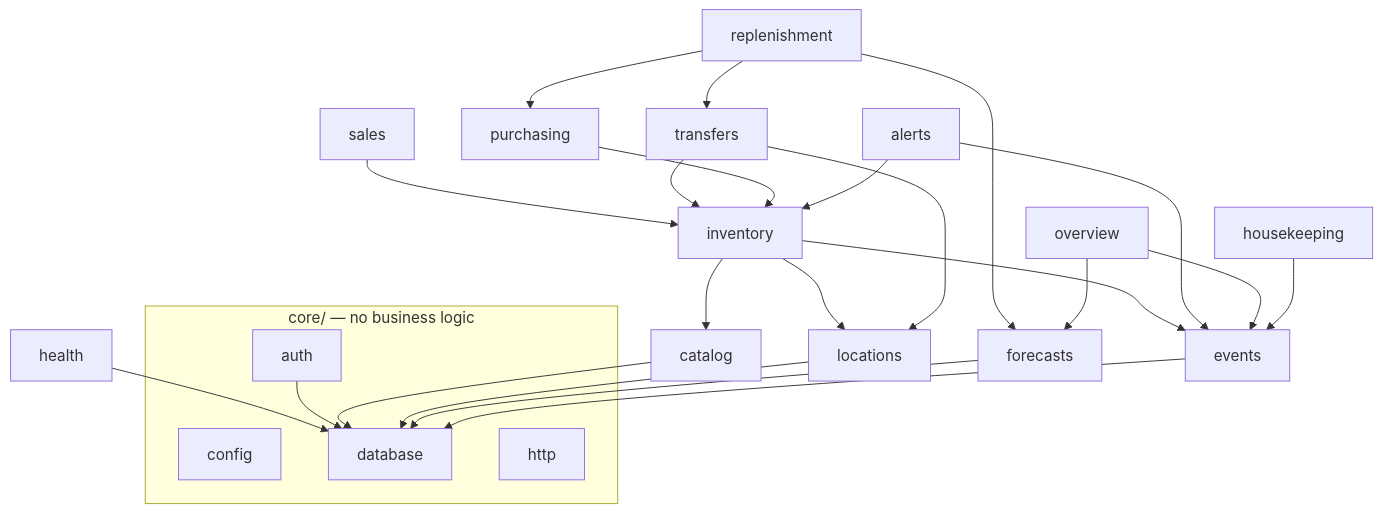
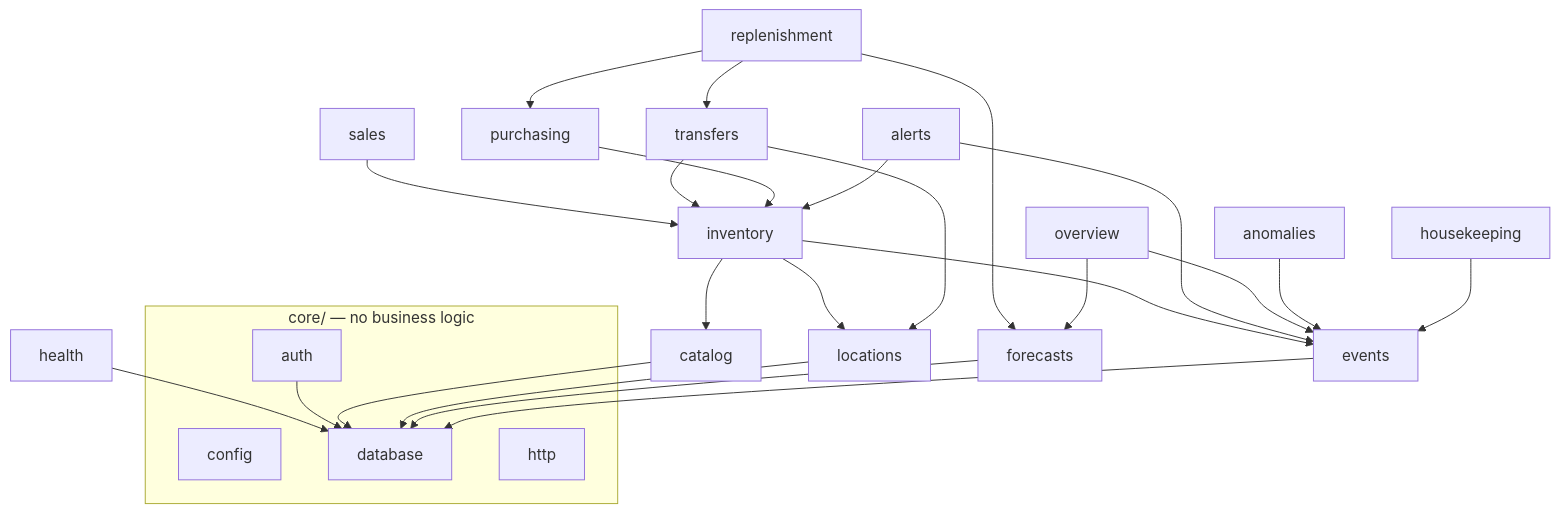
The second of 6 diagrams in docs/ARCHITECTURE.md (Hirockpaul/RetailPulse), drawn with Mermaid before and after one commit. The commit also changed other lines of this file and 25 other files, not shown here.

````diff
--- a/docs/ARCHITECTURE.md
+++ b/docs/ARCHITECTURE.md
@@ -69,20 +69,21 @@
 ```mermaid
 flowchart TB
   subgraph core[core/ — no business logic]
     config & database & http & auth
   end
   health --> database
   auth --> database
   catalog --> database
   locations --> database
   inventory --> catalog & locations & events
   sales --> inventory
   transfers --> inventory & locations
   purchasing --> inventory
   forecasts --> database
   replenishment --> forecasts & purchasing & transfers
   events --> database
   alerts --> events & inventory
   overview --> forecasts & events
+  anomalies --> events
   housekeeping --> events
 ```
````
